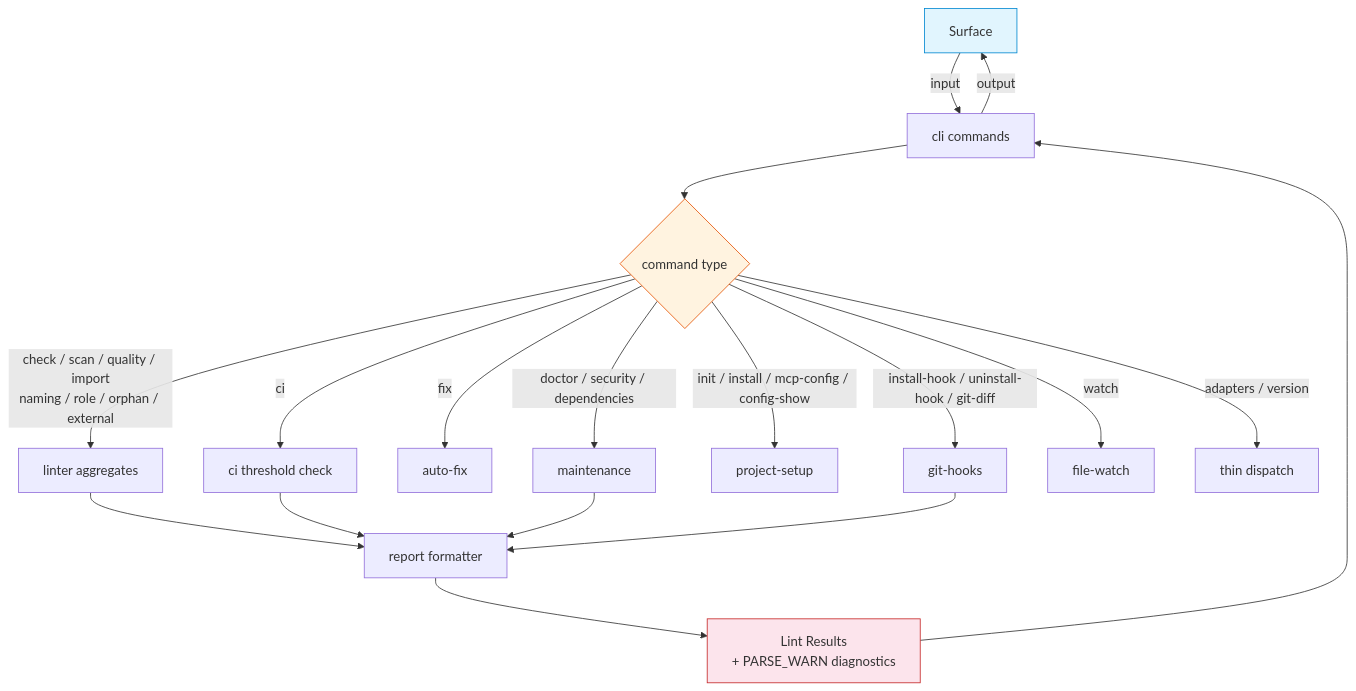
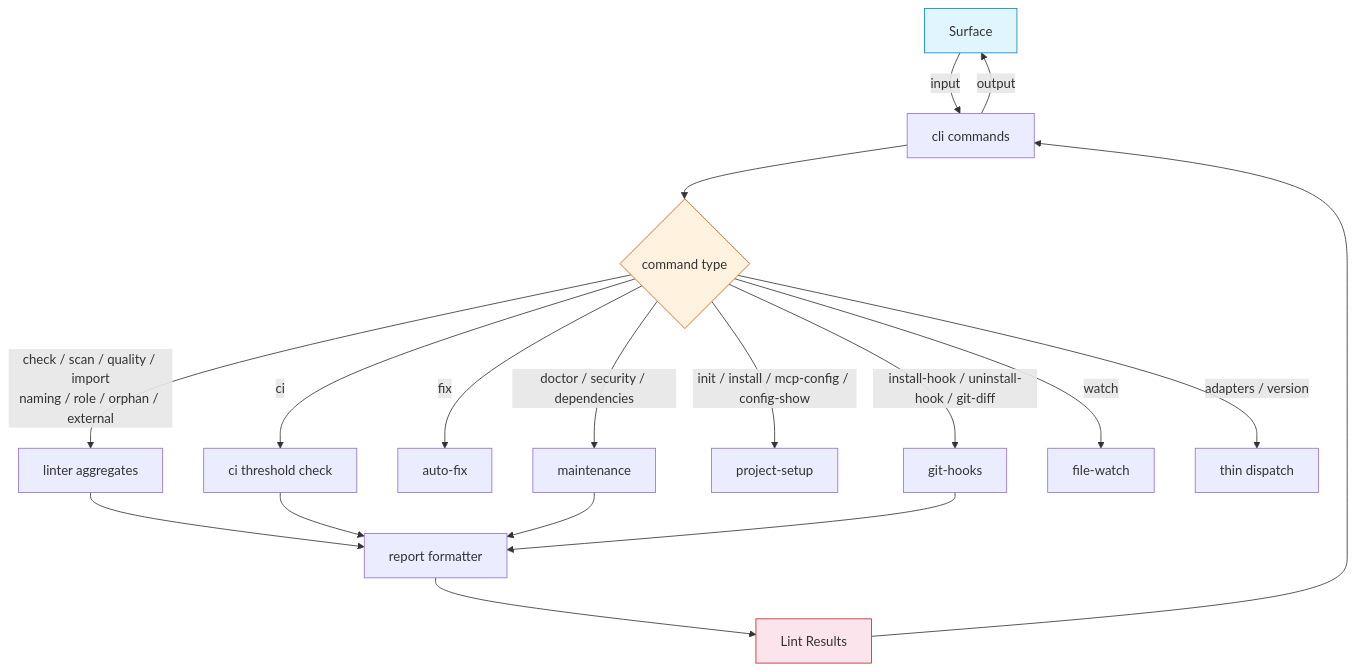
One commit to rakaarwaky/lint-arwaky changed the diagram in crates/cli-commands/FRD.md. Above: the diagram before and after it, drawn with Mermaid. The commit also changed other lines of this file and 9 other files, not shown here.

````diff
--- a/crates/cli-commands/FRD.md
+++ b/crates/cli-commands/FRD.md
@@ -16,27 +16,27 @@
 ```mermaid
 flowchart TD
     A["Surface"] -->|input| B["cli commands"]
     B --> C{"command type"}
 
     C -->|"check / scan / quality / import\nnaming / role / orphan / external"| D["linter aggregates"]
     C -->|"ci"| E["ci threshold check"]
     C -->|"fix"| F["auto-fix"]
     C -->|"doctor / security / dependencies"| G["maintenance"]
     C -->|"init / install / mcp-config / config-show"| H["project-setup"]
     C -->|"install-hook / uninstall-hook / git-diff"| I["git-hooks"]
     C -->|"watch"| J["file-watch"]
     C -->|"adapters / version"| K["thin dispatch"]
 
     D --> L["report formatter"]
     E --> L
     G --> L
     I --> L
 
-    L --> M["Lint Results\n+ PARSE_WARN diagnostics"]
+    L --> M["Lint Results"]
     M --> B
     B -->|output| A
 
     style A fill:#e1f5fe,stroke:#0288d1
     style C fill:#fff3e0,stroke:#e65100
     style M fill:#fce4ec,stroke:#c62828
 ```
````
